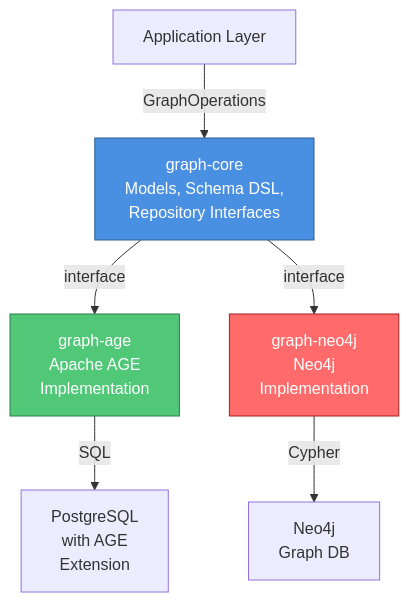
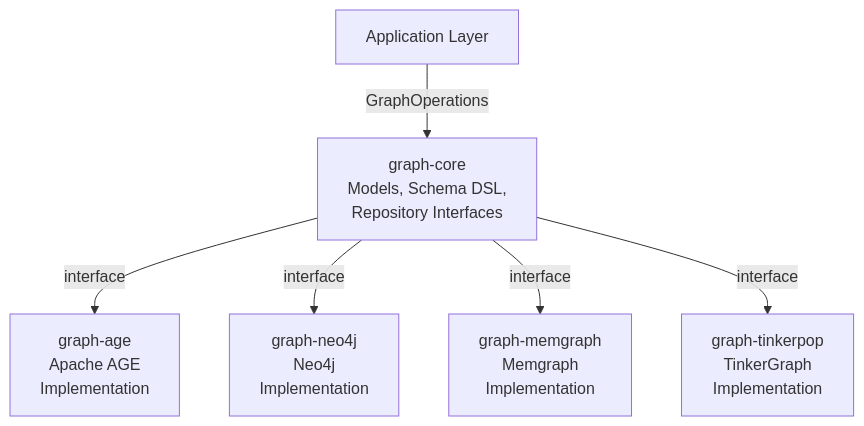
Before and after one commit to bluetape4k/bluetape4k-graph: the diagram in graph/graph-core/README.md, drawn with Mermaid. The commit also changed other lines of this file and 17 other files, not shown here.

````diff
--- a/graph/graph-core/README.md
+++ b/graph/graph-core/README.md
@@ -14,19 +17,15 @@
 ```mermaid
 graph TD
     App["Application Layer"]
     Core["graph-core<br/>Models, Schema DSL,<br/>Repository Interfaces"]
     AGE["graph-age<br/>Apache AGE<br/>Implementation"]
     Neo4j["graph-neo4j<br/>Neo4j<br/>Implementation"]
-    PostgreSQL["PostgreSQL<br/>with AGE<br/>Extension"]
-    Neo4jDB["Neo4j<br/>Graph DB"]
+    Memgraph["graph-memgraph<br/>Memgraph<br/>Implementation"]
+    Tinker["graph-tinkerpop<br/>TinkerGraph<br/>Implementation"]
 
     App -->|"GraphOperations"| Core
     Core -->|"interface"| AGE
     Core -->|"interface"| Neo4j
-    AGE -->|"SQL"| PostgreSQL
-    Neo4j -->|"Cypher"| Neo4jDB
-
-    style Core fill:#4A90E2,stroke:#2E5C8A,color:#fff
-    style AGE fill:#50C878,stroke:#2D7A4A,color:#fff
-    style Neo4j fill:#FF6B6B,stroke:#A61F1F,color:#fff
+    Core -->|"interface"| Memgraph
+    Core -->|"interface"| Tinker
 ```
````
